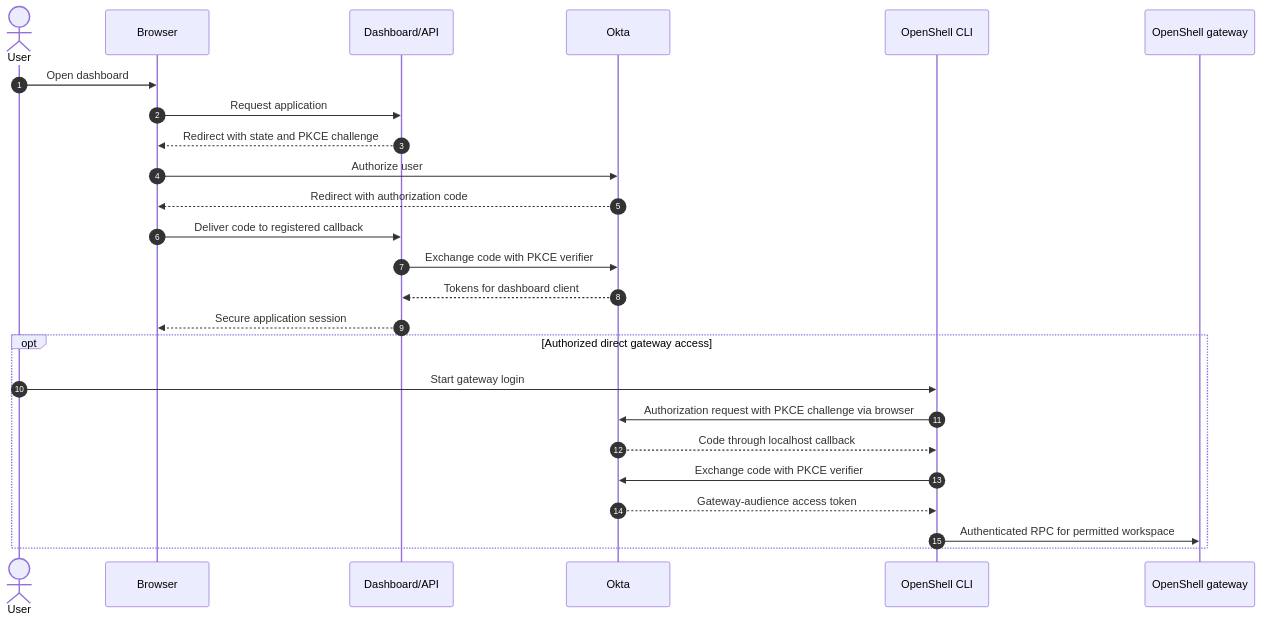
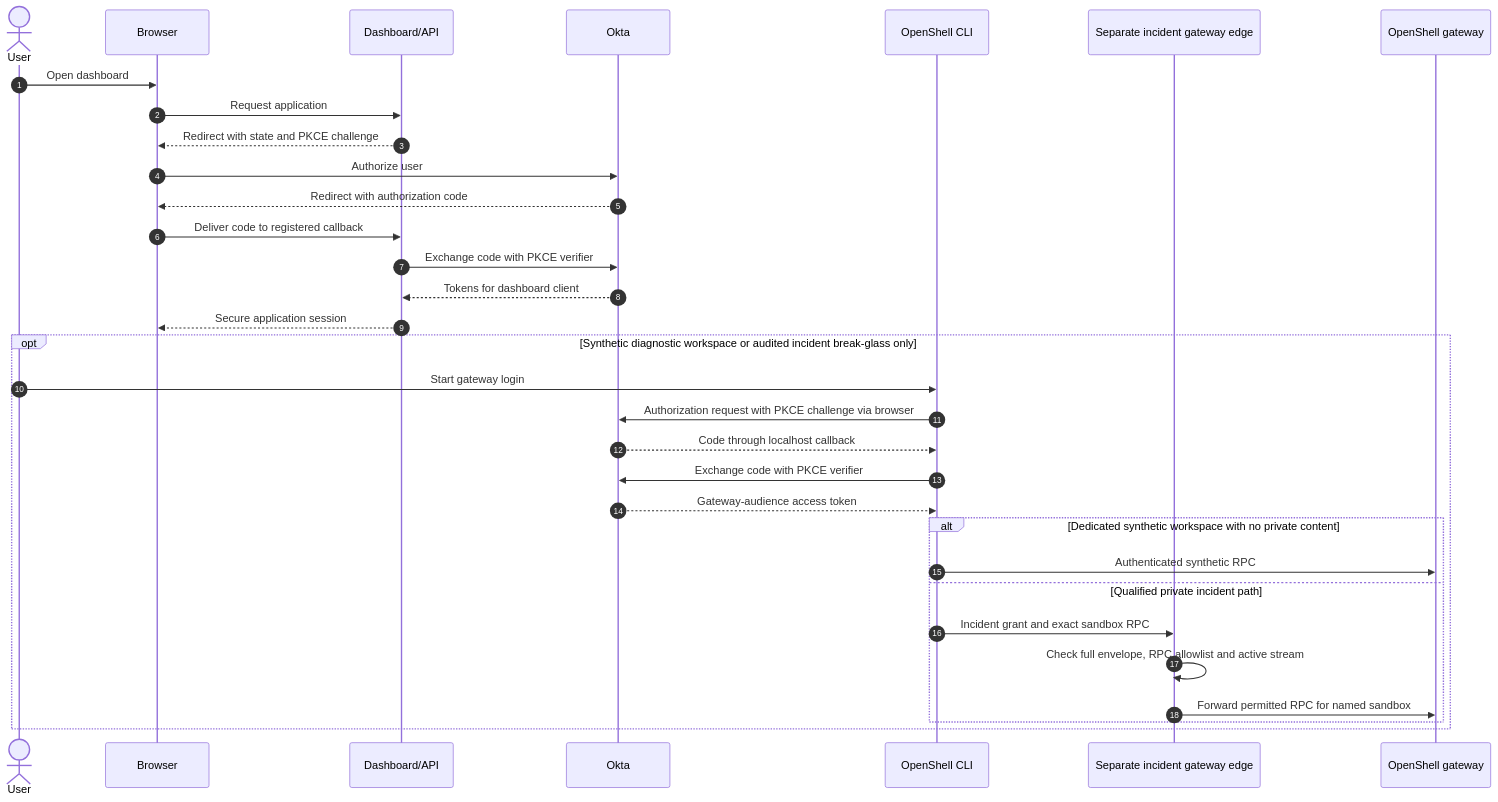
Before and after one commit to gvaibhav/openshell-deep-research-platform: the third of 15 diagrams in docs/architecture.md, drawn with Mermaid. The commit also changed other lines of this file and 48 other files, not shown here.

````diff
--- a/docs/architecture.md
+++ b/docs/architecture.md
@@ -121,28 +154,35 @@
 ```mermaid
 sequenceDiagram
     autonumber
     actor User
     participant Browser
     participant App as Dashboard/API
     participant Okta
     participant CLI as OpenShell CLI
+    participant Edge as Separate incident gateway edge
     participant Gateway as OpenShell gateway
 
     User->>Browser: Open dashboard
     Browser->>App: Request application
     App-->>Browser: Redirect with state and PKCE challenge
     Browser->>Okta: Authorize user
     Okta-->>Browser: Redirect with authorization code
     Browser->>App: Deliver code to registered callback
     App->>Okta: Exchange code with PKCE verifier
     Okta-->>App: Tokens for dashboard client
     App-->>Browser: Secure application session
-    opt Authorized direct gateway access
+    opt Synthetic diagnostic workspace or audited incident break-glass only
         User->>CLI: Start gateway login
         CLI->>Okta: Authorization request with PKCE challenge via browser
         Okta-->>CLI: Code through localhost callback
         CLI->>Okta: Exchange code with PKCE verifier
         Okta-->>CLI: Gateway-audience access token
-        CLI->>Gateway: Authenticated RPC for permitted workspace
+        alt Dedicated synthetic workspace with no private content
+            CLI->>Gateway: Authenticated synthetic RPC
+        else Qualified private incident path
+            CLI->>Edge: Incident grant and exact sandbox RPC
+            Edge->>Edge: Check full envelope, RPC allowlist and active stream
+            Edge->>Gateway: Forward permitted RPC for named sandbox
+        end
     end
 ```
````
